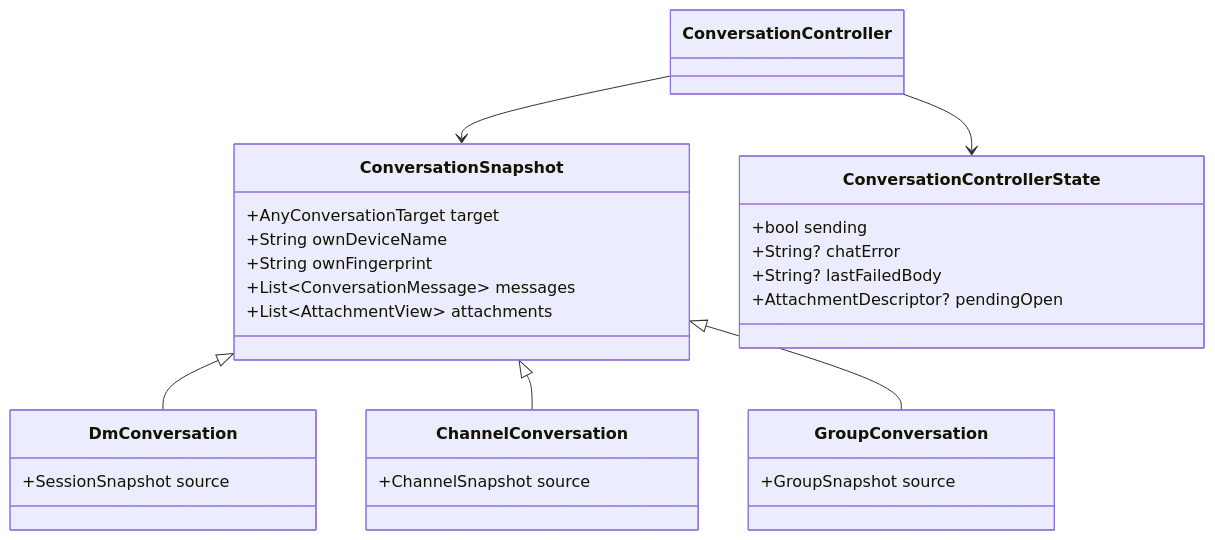
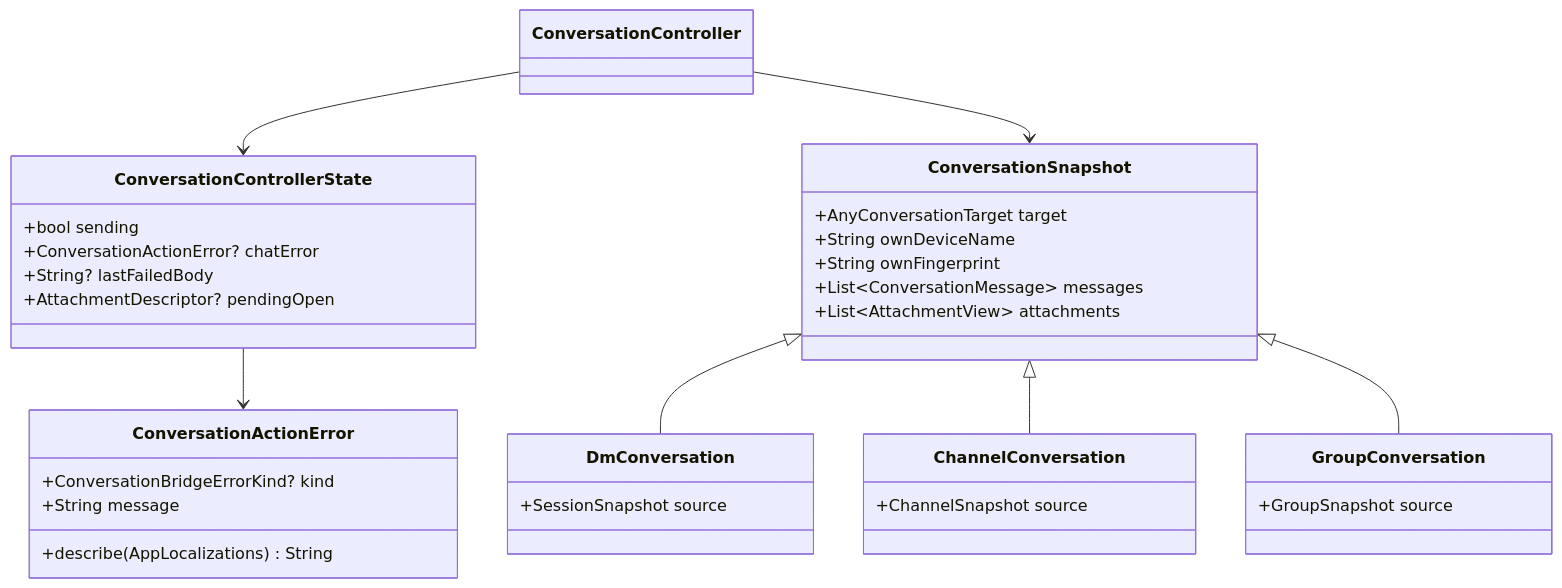
One commit to redstone-md/mosh-flutter changed the eighth of 11 diagrams in docs/Architecture.md. Above: the diagram before and after it, drawn with Mermaid. The commit also changed other lines of this file and 9 other files, not shown here.

````diff
--- a/docs/Architecture.md
+++ b/docs/Architecture.md
@@ -339,31 +339,37 @@
 ```mermaid
 classDiagram
     class ConversationSnapshot {
       +AnyConversationTarget target
       +String ownDeviceName
       +String ownFingerprint
       +List~ConversationMessage~ messages
       +List~AttachmentView~ attachments
     }
     class DmConversation {
       +SessionSnapshot source
     }
     class ChannelConversation {
       +ChannelSnapshot source
     }
     class GroupConversation {
       +GroupSnapshot source
     }
     class ConversationControllerState {
       +bool sending
-      +String? chatError
+      +ConversationActionError? chatError
       +String? lastFailedBody
       +AttachmentDescriptor? pendingOpen
+    }
+    class ConversationActionError {
+      +ConversationBridgeErrorKind? kind
+      +String message
+      +describe(AppLocalizations) String
     }
 
     ConversationSnapshot <|-- DmConversation
     ConversationSnapshot <|-- ChannelConversation
     ConversationSnapshot <|-- GroupConversation
     ConversationController --> ConversationControllerState
+    ConversationControllerState --> ConversationActionError
     ConversationController --> ConversationSnapshot
 ```
````
